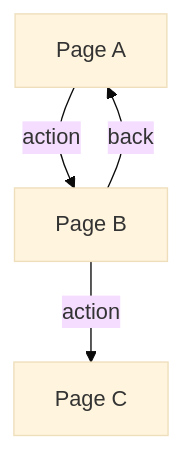
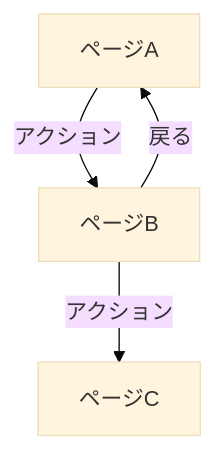
One commit to DIO0550/d-market changed the diagram in plugins/spec-plugin/skills/feature-spec/assets/templates/overview.md. Above: the diagram before and after it, drawn with Mermaid (base theme). The commit also changed other lines of this file and 16 other files, not shown here.

````diff
--- a/plugins/spec-plugin/skills/feature-spec/assets/templates/overview.md
+++ b/plugins/spec-plugin/skills/feature-spec/assets/templates/overview.md
@@ -32,6 +32,6 @@
 ```mermaid
 flowchart TD
-    A[Page A] -->|action| B[Page B]
-    B -->|action| C[Page C]
-    B -->|back| A
+    A[ページA] -->|アクション| B[ページB]
+    B -->|アクション| C[ページC]
+    B -->|戻る| A
 ```
````
